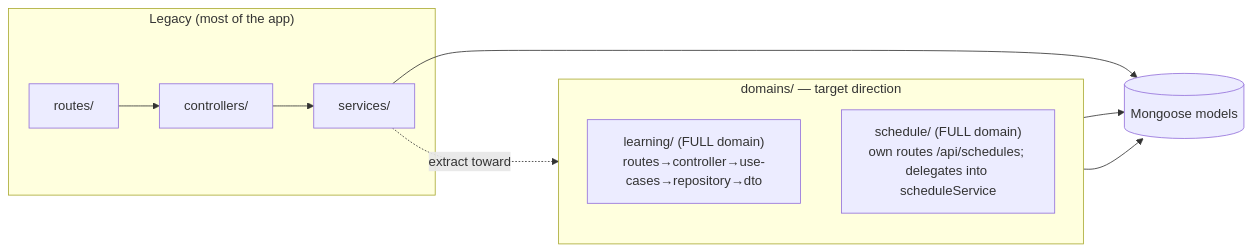
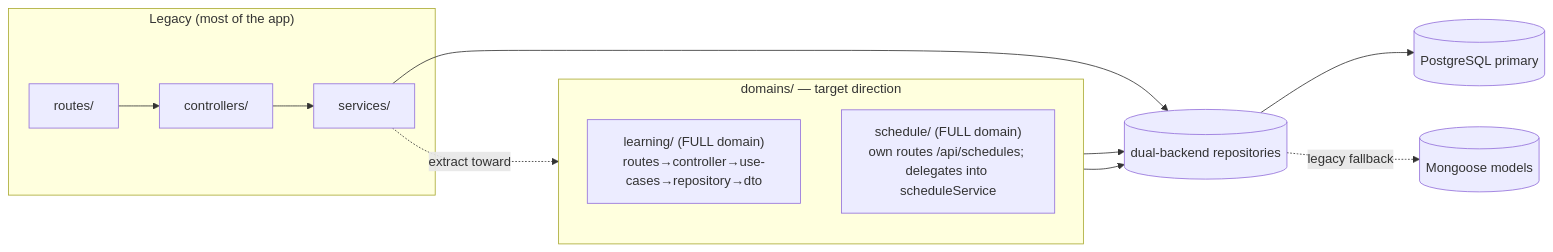
The third of 4 diagrams in docs/system-overview.md (FinanceBullkk/ConCho2), drawn with Mermaid before and after one commit. The commit also changed other lines of this file and 83 other files, not shown here.

````diff
--- a/docs/system-overview.md
+++ b/docs/system-overview.md
@@ -92,15 +95,17 @@
 ```mermaid
 flowchart LR
     subgraph Legacy["Legacy (most of the app)"]
         LR1[routes/] --> LC[controllers/] --> LS[services/]
     end
     subgraph Domains["domains/ — target direction"]
         direction TB
         L["learning/ (FULL domain)<br/>routes→controller→use-cases→repository→dto"]
         S["schedule/ (FULL domain)<br/>own routes /api/schedules; delegates into scheduleService"]
     end
     LS -. extract toward .-> Domains
-    L --> M[(Mongoose models)]
-    S --> M
-    LS --> M
+    L --> R[(dual-backend repositories)]
+    S --> R
+    LS --> R
+    R --> PG[(PostgreSQL primary)]
+    R -.legacy fallback.-> M[(Mongoose models)]
 ```
````
